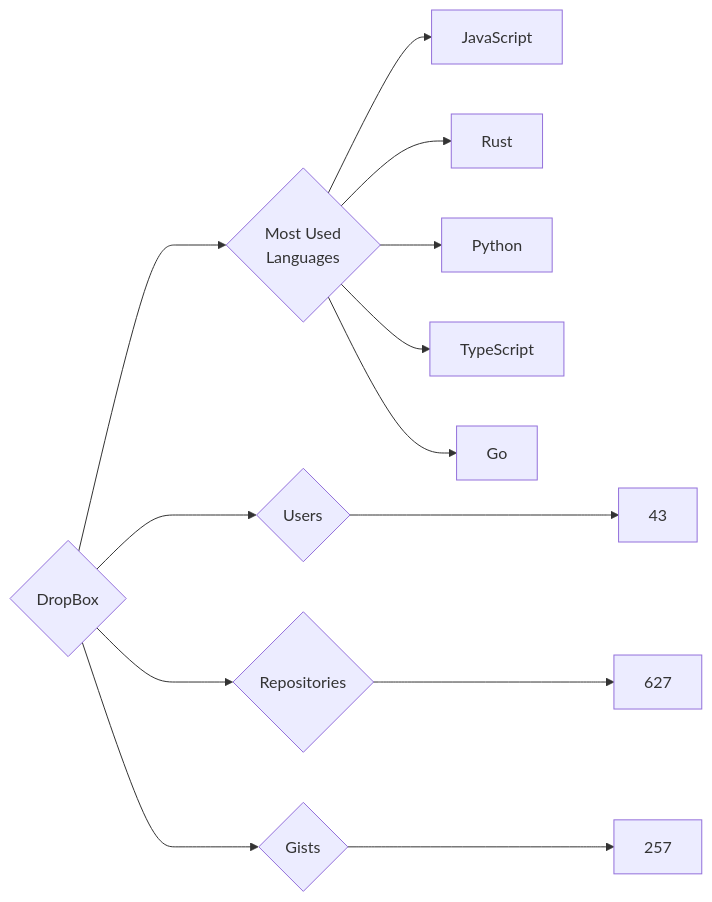
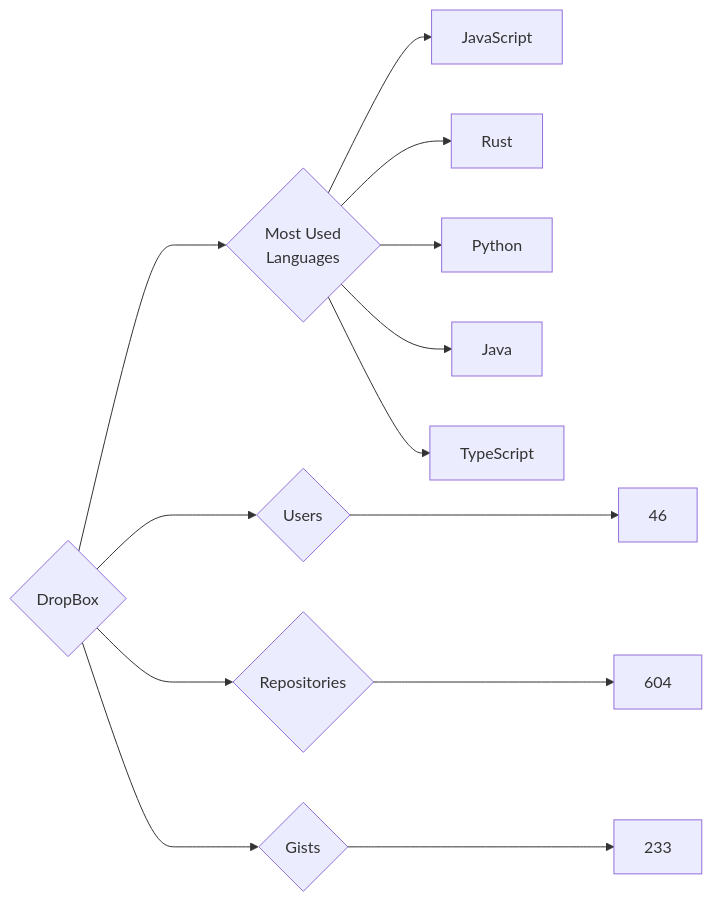
The diagram in targets/DropBox/README.md (trickest/insiders), drawn with Mermaid before and after one commit. The commit also changed 927 other files, not shown here.

````diff
--- a/targets/DropBox/README.md
+++ b/targets/DropBox/README.md
@@ -3,13 +3,13 @@
 ```mermaid
 graph LR
 COMPANY_NAME{DropBox}
-COMPANY_NAME ---> U{Users} ---> UN[43]
-COMPANY_NAME ---> R{Repositories} ---> RN[627]
-COMPANY_NAME ---> G{Gists} ---> GN[257]
+COMPANY_NAME ---> U{Users} ---> UN[46]
+COMPANY_NAME ---> R{Repositories} ---> RN[604]
+COMPANY_NAME ---> G{Gists} ---> GN[233]
 COMPANY_NAME ---> ML{Most Used<br>Languages}
 ML --> JavaScript[JavaScript]
 ML --> Rust[Rust]
 ML --> Python[Python]
+ML --> Java[Java]
 ML --> TypeScript[TypeScript]
-ML --> Go[Go]
 ```
````
